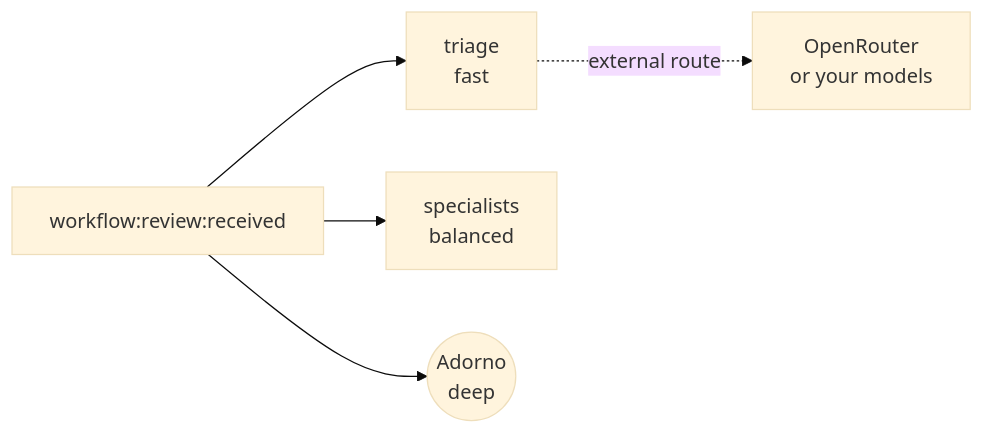
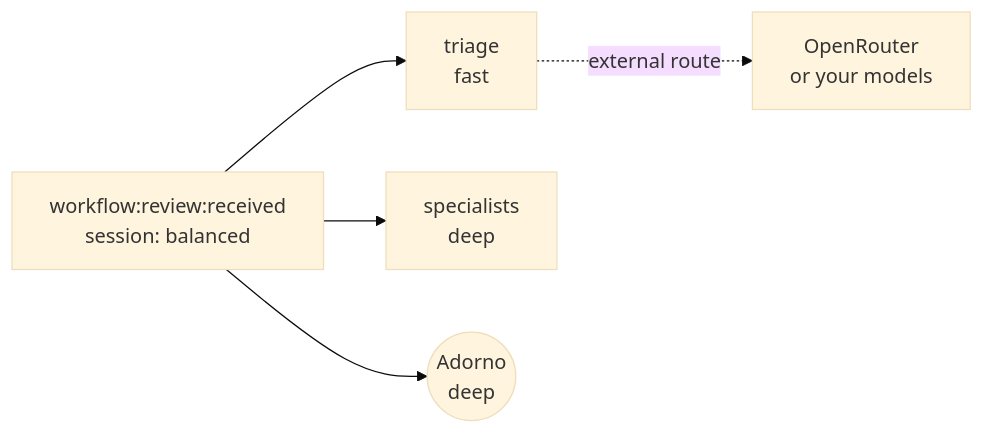
One commit to nicolasmondain/adorno changed the fourth of 4 diagrams in docs/setup.md. Above: the diagram before and after it, drawn with Mermaid (base theme). The commit also changed other lines of this file and 110 other files, not shown here.

````diff
--- a/docs/setup.md
+++ b/docs/setup.md
@@ -287,7 +288,7 @@
 ```mermaid
 flowchart LR
-  W["workflow:review:received"] --> T["triage<br/>fast"]
-  W --> S["specialists<br/>balanced"]
+  W["workflow:review:received<br/>session: balanced"] --> T["triage<br/>fast"]
+  W --> S["specialists<br/>deep"]
   W --> A(("Adorno<br/>deep"))
   T -.->|"external route"| O["OpenRouter<br/>or your models"]
 ```
````
